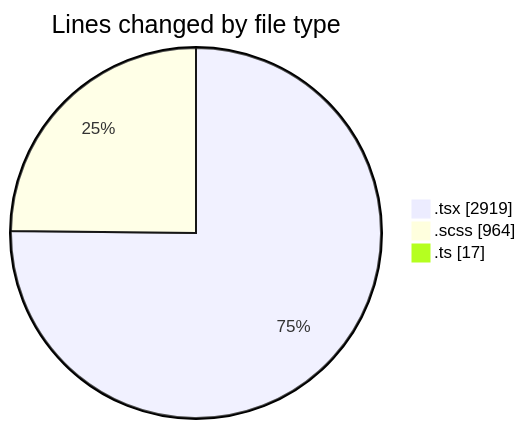
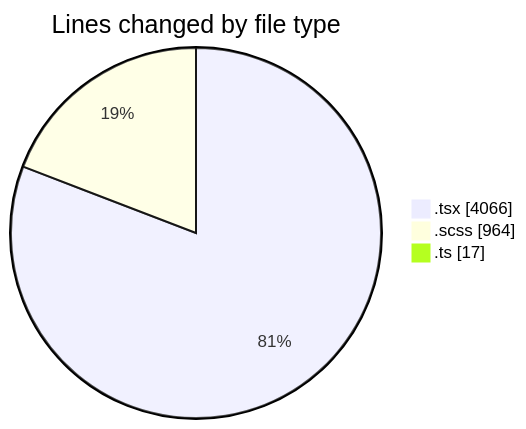
The first of 2 diagrams in 2025-09-19/cda/README.md (momahboobian/code-tracking), drawn with Mermaid before and after one commit. The commit also changed other lines of this file and 1 other file, not shown here.

````diff
--- a/2025-09-19/cda/README.md
+++ b/2025-09-19/cda/README.md
@@ -26,7 +26,7 @@
 ```mermaid
 pie showData
 title Lines changed by file type
-".tsx" : 2919
+".tsx" : 4066
 ".scss" : 964
 ".ts" : 17
 ```
````
